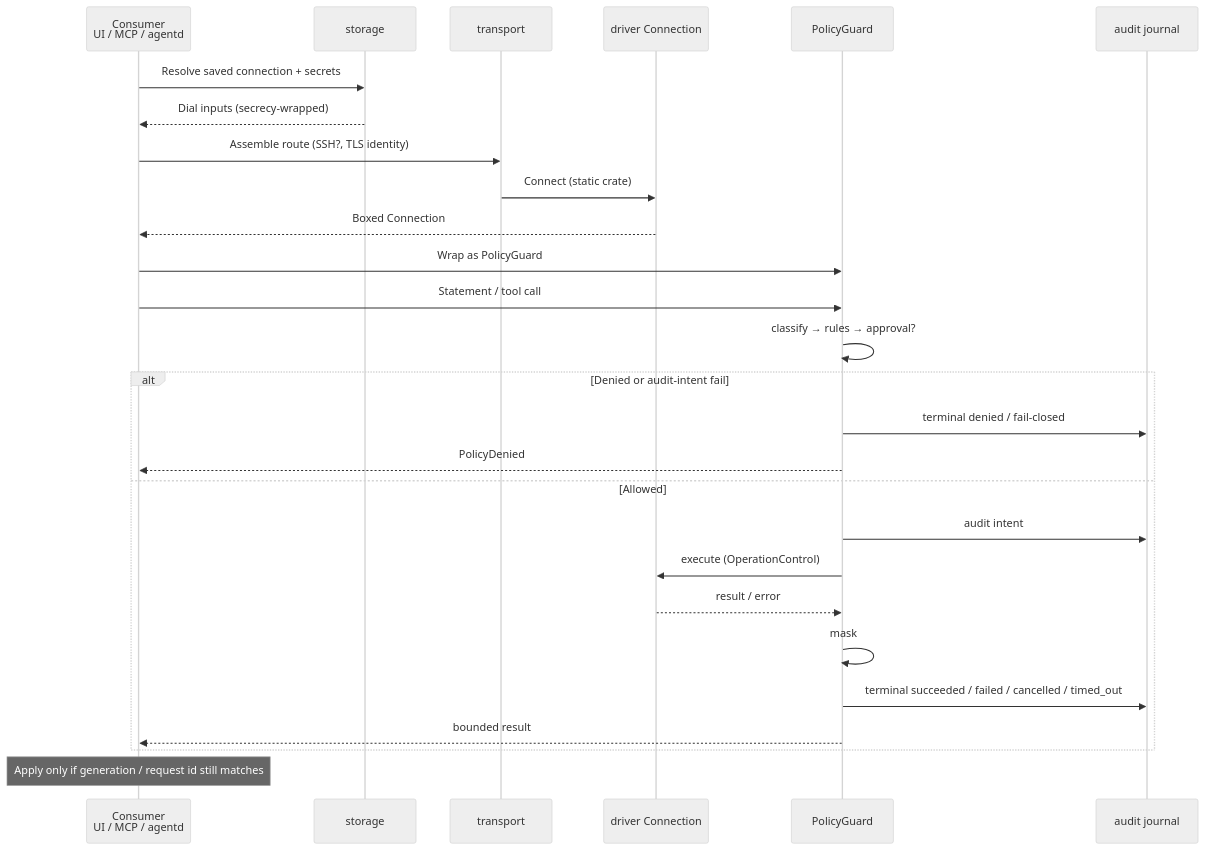
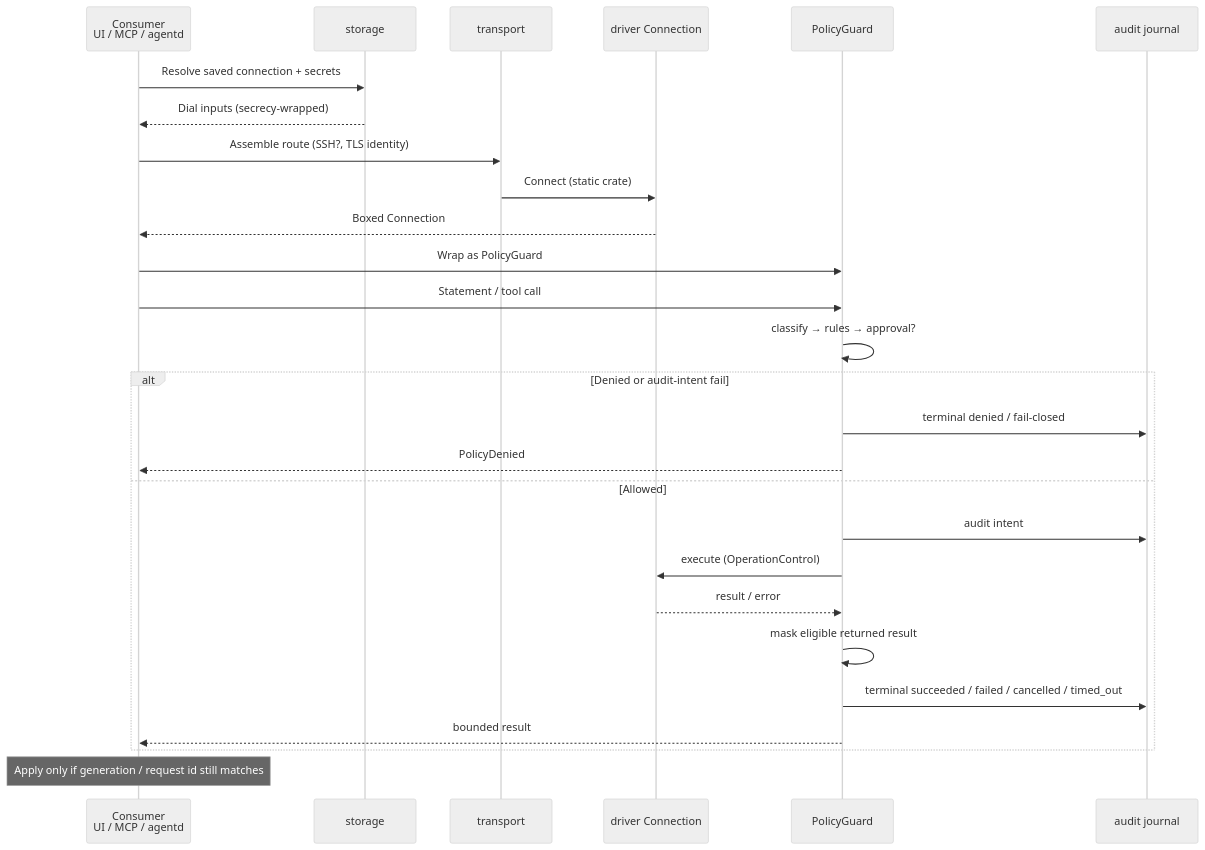
Before and after one commit to TableProApp/TablePro: the third of 5 diagrams in ARCHITECTURE.md, drawn with Mermaid (neutral theme). The commit also changed other lines of this file and 5 other files, not shown here.

Commit message:
docs(architecture): correct governed flow and token handling

````diff
--- a/ARCHITECTURE.md
+++ b/ARCHITECTURE.md
@@ -166,30 +166,30 @@
 ```mermaid
 sequenceDiagram
     participant U as Consumer<br/>UI / MCP / agentd
     participant S as storage
     participant T as transport
     participant D as driver Connection
     participant G as PolicyGuard
     participant A as audit journal
 
     U->>S: Resolve saved connection + secrets
     S-->>U: Dial inputs (secrecy-wrapped)
     U->>T: Assemble route (SSH?, TLS identity)
     T->>D: Connect (static crate)
     D-->>U: Boxed Connection
     U->>G: Wrap as PolicyGuard
     U->>G: Statement / tool call
     G->>G: classify → rules → approval?
     alt Denied or audit-intent fail
         G->>A: terminal denied / fail-closed
         G-->>U: PolicyDenied
     else Allowed
         G->>A: audit intent
         G->>D: execute (OperationControl)
         D-->>G: result / error
-        G->>G: mask
+        G->>G: mask eligible returned result
         G->>A: terminal succeeded / failed / cancelled / timed_out
         G-->>U: bounded result
     end
     Note over U: Apply only if generation / request id still matches
 ```
````
